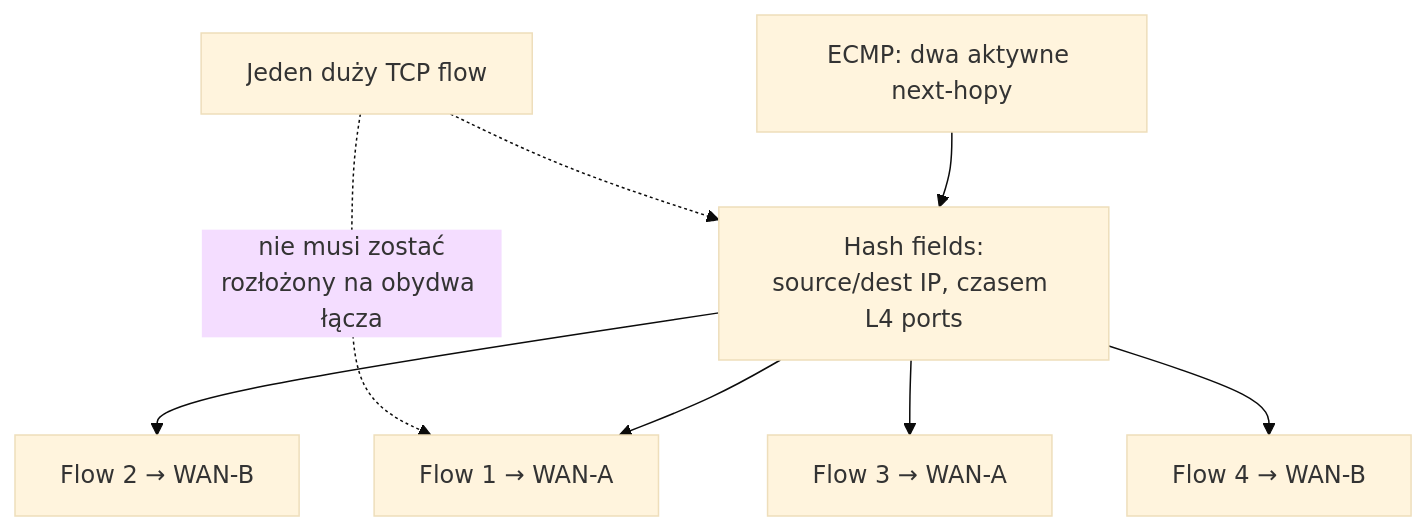
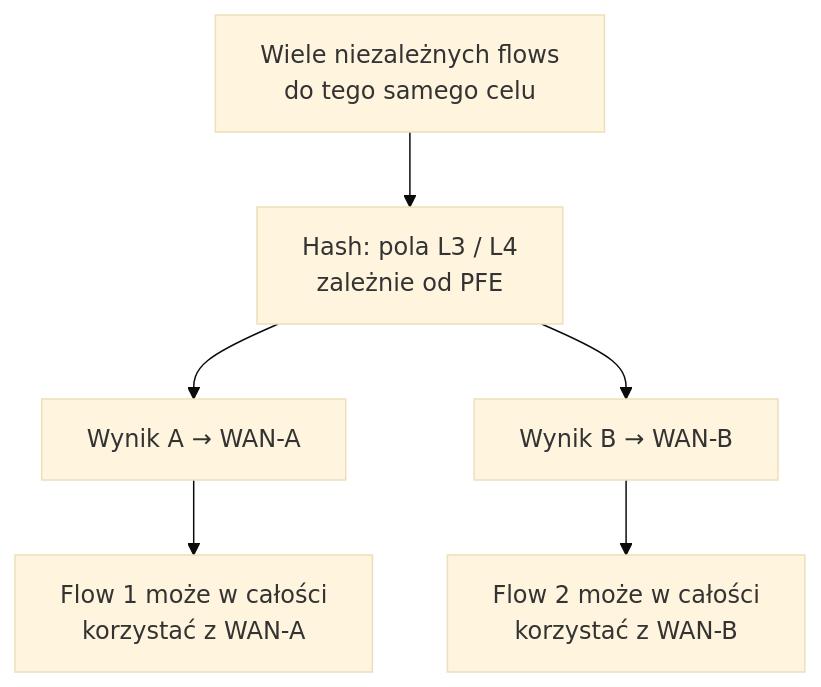
Before and after one commit to nelto79/jncip: the sixth of 8 diagrams in docs/chapters/JUNOS_Rozdzial_07_Protocol_Independent_Routing.md, drawn with Mermaid (base theme). The commit also changed other lines of this file, not shown here.

```diff
--- a/docs/chapters/JUNOS_Rozdzial_07_Protocol_Independent_Routing.md
+++ b/docs/chapters/JUNOS_Rozdzial_07_Protocol_Independent_Routing.md
@@ -613,10 +521,8 @@
 ~~~mermaid
 flowchart TD
-  F["ECMP: dwa aktywne next-hopy"] --> HASH["Hash fields:\nsource/dest IP, czasem L4 ports"]
-  HASH --> A["Flow 1 → WAN-A"]
-  HASH --> B["Flow 2 → WAN-B"]
-  HASH --> C["Flow 3 → WAN-A"]
-  HASH --> D["Flow 4 → WAN-B"]
-  ONE["Jeden duży TCP flow"] -.-> HASH
-  ONE -. "nie musi zostać\nrozłożony na obydwa łącza" .-> A
+  F["Wiele niezależnych flows<br/>do tego samego celu"] --> H["Hash: pola L3 / L4<br/>zależnie od PFE"]
+  H --> A["Wynik A → WAN-A"]
+  H --> B["Wynik B → WAN-B"]
+  A --> I["Flow 1 może w całości<br/>korzystać z WAN-A"]
+  B --> J["Flow 2 może w całości<br/>korzystać z WAN-B"]
 ~~~
```
